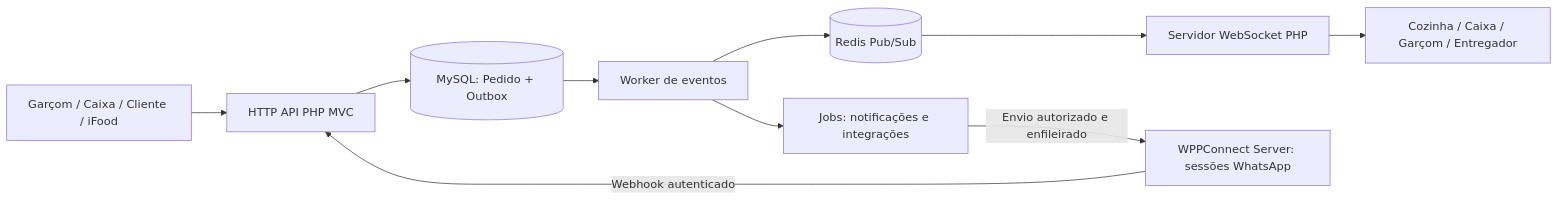
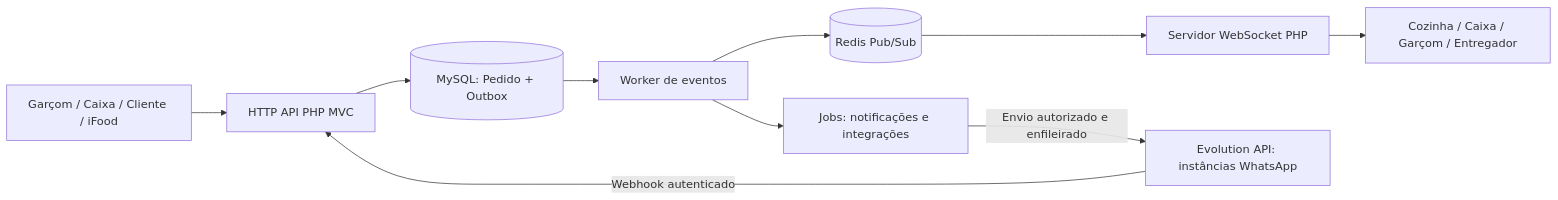
One commit to vitoryvensreis/cardapim changed the second of 3 diagrams in README.md. Above: the diagram before and after it, drawn with Mermaid. The commit also changed other lines of this file and 43 other files, not shown here.

First line of the commit message:
chore(whatsapp): remove o WPPConnect; Evolution API e o unico servidor

````diff
--- a/README.md
+++ b/README.md
@@ -604,12 +604,12 @@
 ```mermaid
 flowchart LR
   A[Garçom / Caixa / Cliente / iFood] --> B[HTTP API PHP MVC]
-  W[WPPConnect Server: sessões WhatsApp] -->|Webhook autenticado| B
+  W[Evolution API: instâncias WhatsApp] -->|Webhook autenticado| B
   B --> C[(MySQL: Pedido + Outbox)]
   C --> D[Worker de eventos]
   D --> E[(Redis Pub/Sub)]
   E --> F[Servidor WebSocket PHP]
   F --> G[Cozinha / Caixa / Garçom / Entregador]
   D --> H[Jobs: notificações e integrações]
   H -->|Envio autorizado e enfileirado| W
 ```
````
